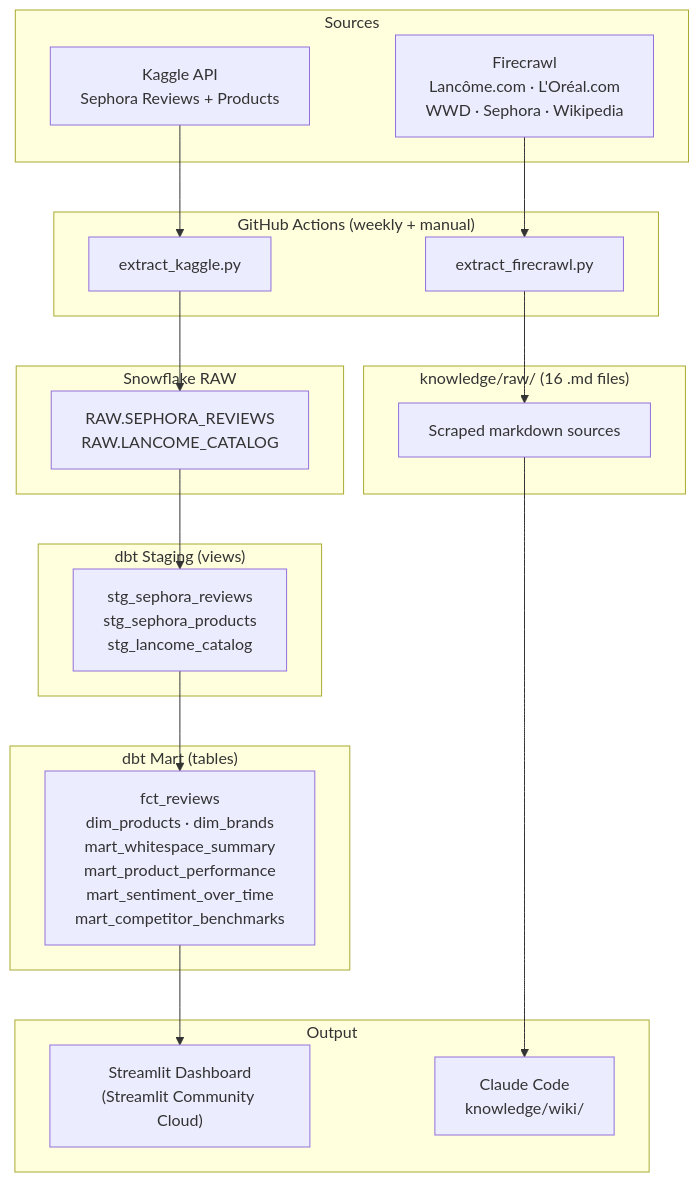
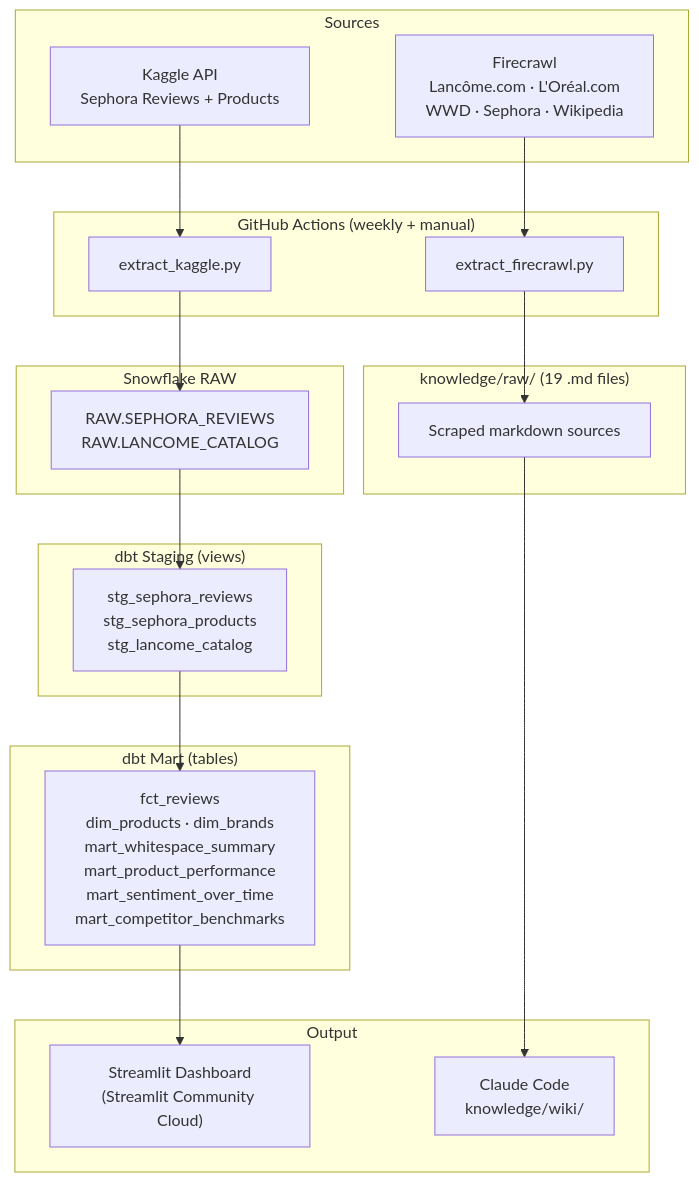
Before and after one commit to djain2905/loreal-consumer-intelligence: the first of 2 diagrams in README.md, drawn with Mermaid. The commit also changed other lines of this file, not shown here.

````diff
--- a/README.md
+++ b/README.md
@@ -33,36 +33,36 @@
 ```mermaid
 flowchart TD
     subgraph Sources
         A["Kaggle API\nSephora Reviews + Products"]
         B["Firecrawl\nLancôme.com · L'Oréal.com\nWWD · Sephora · Wikipedia"]
     end
 
     subgraph Orchestration ["GitHub Actions (weekly + manual)"]
         C["extract_kaggle.py"]
         D["extract_firecrawl.py"]
     end
 
     subgraph Raw ["Snowflake RAW"]
         E["RAW.SEPHORA_REVIEWS\nRAW.LANCOME_CATALOG"]
     end
 
-    subgraph KnowledgeRaw ["knowledge/raw/ (16 .md files)"]
+    subgraph KnowledgeRaw ["knowledge/raw/ (19 .md files)"]
         F["Scraped markdown sources"]
     end
 
     subgraph Staging ["dbt Staging (views)"]
         G["stg_sephora_reviews\nstg_sephora_products\nstg_lancome_catalog"]
     end
 
     subgraph Mart ["dbt Mart (tables)"]
         H["fct_reviews\ndim_products · dim_brands\nmart_whitespace_summary\nmart_product_performance\nmart_sentiment_over_time\nmart_competitor_benchmarks"]
     end
 
     subgraph Output
         I["Streamlit Dashboard\n(Streamlit Community Cloud)"]
         J["Claude Code\nknowledge/wiki/"]
     end
 
     A --> C --> E --> G --> H --> I
     B --> D --> F --> J
 ```
````
